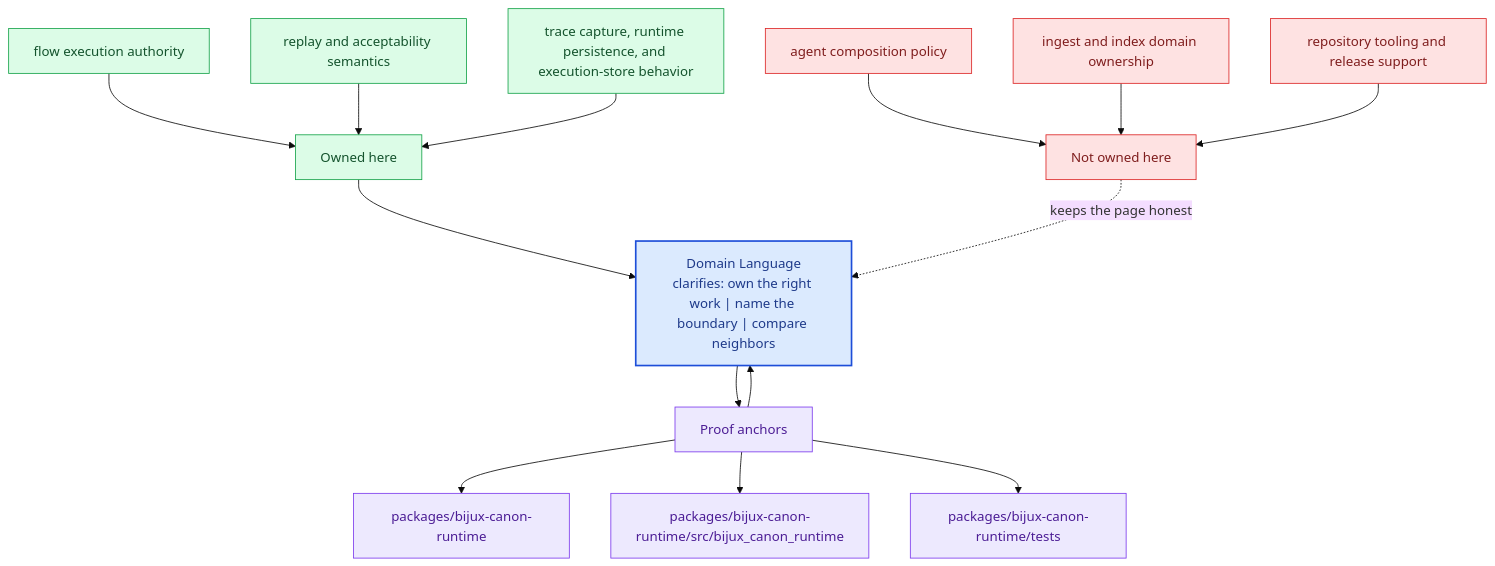
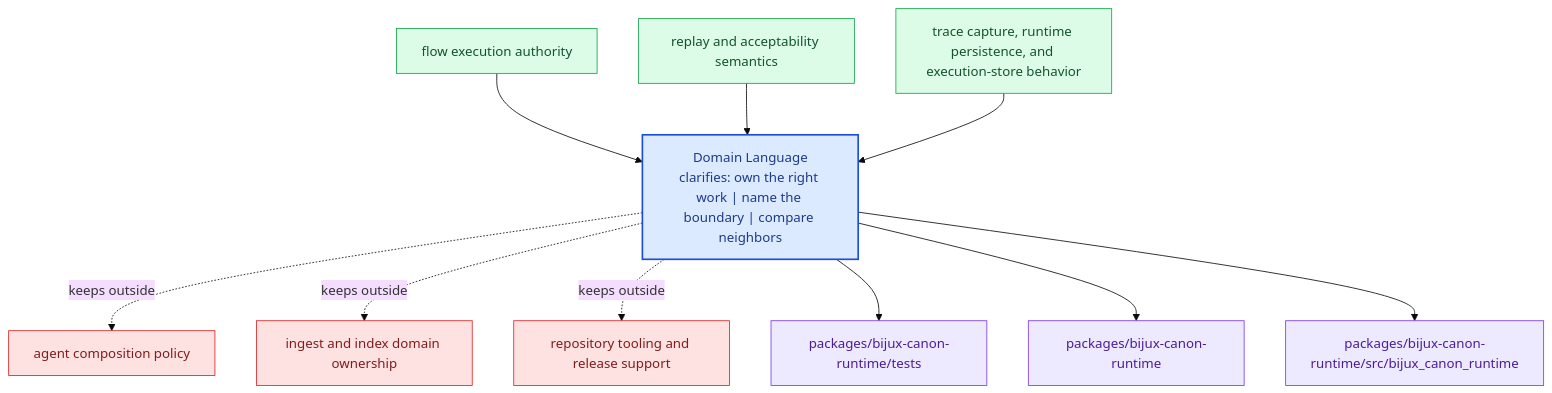
One commit to bijux/bijux-canon changed the diagram in docs/bijux-canon-runtime/foundation/domain-language.md. Above: the diagram before and after it, drawn with Mermaid (base theme). The commit also changed other lines of this file and 281 other files, not shown here.

Commit message:
docs(diagrams): replace repeated mermaid scaffolds with page-specific summaries

````diff
--- a/docs/bijux-canon-runtime/foundation/domain-language.md
+++ b/docs/bijux-canon-runtime/foundation/domain-language.md
@@ -68,40 +23,31 @@
 ```mermaid
 flowchart TB
-    promise["Domain Language<br/>clarifies: own the right work | name the boundary | compare neighbors"]
-    classDef promise fill:#dbeafe,stroke:#1d4ed8,color:#1e3a8a,stroke-width:2px;
-    classDef driver fill:#dcfce7,stroke:#16a34a,color:#14532d;
-    classDef constraint fill:#fee2e2,stroke:#dc2626,color:#7f1d1d;
-    classDef ground fill:#ede9fe,stroke:#7c3aed,color:#4c1d95;
-    focus1["Owned here"]
-    focus1 --> promise
-    focus1_1["flow execution authority"]
-    focus1_1 --> focus1
-    focus1_2["replay and acceptability semantics"]
-    focus1_2 --> focus1
-    focus1_3["trace capture, runtime persistence, and execution-store behavior"]
-    focus1_3 --> focus1
-    class focus1 driver;
-    class focus1_1,focus1_2,focus1_3 driver;
-    focus2["Not owned here"]
-    focus2 -.keeps the page honest.-> promise
-    focus2_1["agent composition policy"]
-    focus2_1 --> focus2
-    focus2_2["ingest and index domain ownership"]
-    focus2_2 --> focus2
-    focus2_3["repository tooling and release support"]
-    focus2_3 --> focus2
-    class focus2 constraint;
-    class focus2_1,focus2_2,focus2_3 constraint;
-    focus3["Proof anchors"]
-    focus3 --> promise
-    promise --> focus3
-    focus3_1["packages/bijux-canon-runtime"]
-    focus3 --> focus3_1
-    focus3_2["packages/bijux-canon-runtime/src/bijux_canon_runtime"]
-    focus3 --> focus3_2
-    focus3_3["packages/bijux-canon-runtime/tests"]
-    focus3 --> focus3_3
-    class focus3 ground;
-    class focus3_1,focus3_2,focus3_3 ground;
-    class promise promise;
+    page["Domain Language<br/>clarifies: own the right work | name the boundary | compare neighbors"]
+    classDef page fill:#dbeafe,stroke:#1d4ed8,color:#1e3a8a,stroke-width:2px;
+    classDef positive fill:#dcfce7,stroke:#16a34a,color:#14532d;
+    classDef caution fill:#fee2e2,stroke:#dc2626,color:#7f1d1d;
+    classDef anchor fill:#ede9fe,stroke:#7c3aed,color:#4c1d95;
+    classDef action fill:#fef3c7,stroke:#d97706,color:#7c2d12;
+    own1["flow execution authority"]
+    own1 --> page
+    own2["replay and acceptability semantics"]
+    own2 --> page
+    own3["trace capture, runtime persistence, and execution-store behavior"]
+    own3 --> page
+    limit1["agent composition policy"]
+    page -.keeps outside.-> limit1
+    limit2["ingest and index domain ownership"]
+    page -.keeps outside.-> limit2
+    limit3["repository tooling and release support"]
+    page -.keeps outside.-> limit3
+    anchor1["packages/bijux-canon-runtime/tests"]
+    page --> anchor1
+    anchor2["packages/bijux-canon-runtime"]
+    page --> anchor2
+    anchor3["packages/bijux-canon-runtime/src/bijux_canon_runtime"]
+    page --> anchor3
+    class page page;
+    class own1,own2,own3 positive;
+    class limit1,limit2,limit3 caution;
+    class anchor1,anchor2,anchor3 anchor;
 ```
````
